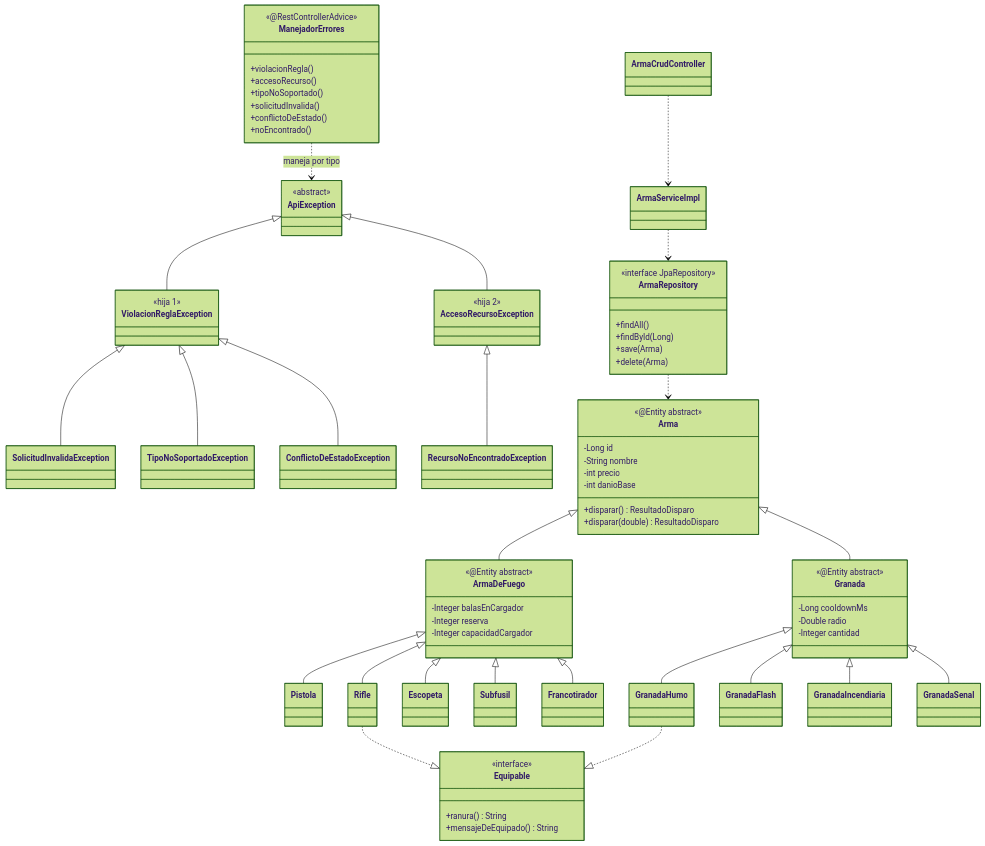
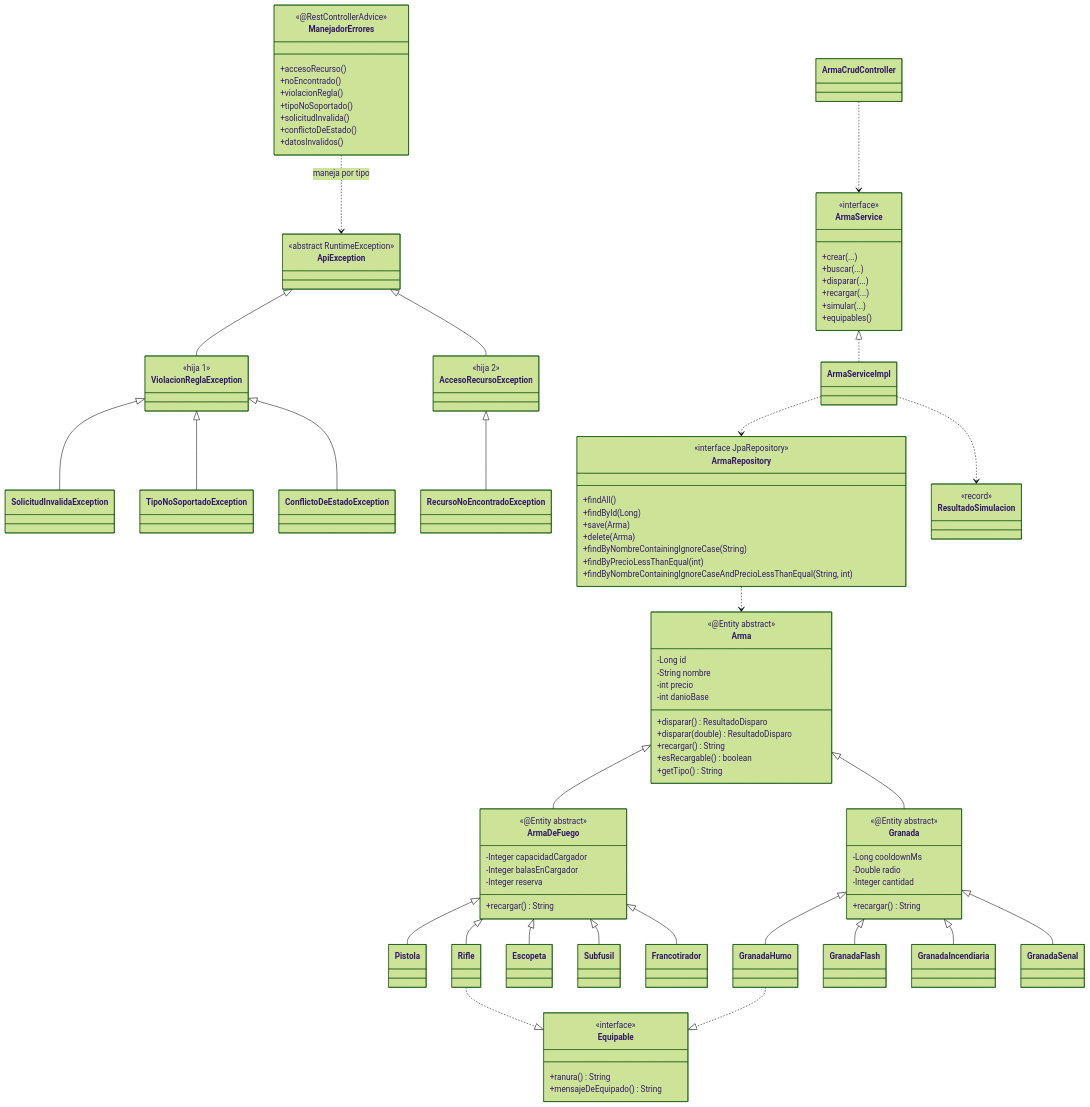
The diagram in README.md (luckvani-gif/vricciardi-tallerlp3-2026), drawn with Mermaid (forest theme) before and after one commit. The commit also changed other lines of this file and 2 other files, not shown here.

````diff
--- a/README.md
+++ b/README.md
@@ -114,7 +216,7 @@
 ```mermaid
 classDiagram
     class ApiException {
-        <<abstract>>
+        <<abstract RuntimeException>>
     }
     class ViolacionReglaException {
         <<hija 1>>
@@ -128,12 +230,13 @@
     class RecursoNoEncontradoException
     class ManejadorErrores {
         <<@RestControllerAdvice>>
+        +accesoRecurso()
+        +noEncontrado()
         +violacionRegla()
-        +accesoRecurso()
         +tipoNoSoportado()
         +solicitudInvalida()
         +conflictoDeEstado()
-        +noEncontrado()
+        +datosInvalidos()
     }
 
     class Equipable {
@@ -150,18 +253,23 @@
         -int danioBase
         +disparar() ResultadoDisparo
         +disparar(double) ResultadoDisparo
+        +recargar() String
+        +esRecargable() boolean
+        +getTipo() String
     }
     class ArmaDeFuego {
         <<@Entity abstract>>
+        -Integer capacidadCargador
         -Integer balasEnCargador
         -Integer reserva
-        -Integer capacidadCargador
+        +recargar() String
     }
     class Granada {
         <<@Entity abstract>>
         -Long cooldownMs
         -Double radio
         -Integer cantidad
+        +recargar() String
     }
     class Pistola
     class Rifle
@@ -179,9 +287,24 @@
         +findById(Long)
         +save(Arma)
         +delete(Arma)
+        +findByNombreContainingIgnoreCase(String)
+        +findByPrecioLessThanEqual(int)
+        +findByNombreContainingIgnoreCaseAndPrecioLessThanEqual(String, int)
+    }
+    class ArmaService {
+        <<interface>>
+        +crear(...)
+        +buscar(...)
+        +disparar(...)
+        +recargar(...)
+        +simular(...)
+        +equipables()
     }
     class ArmaServiceImpl
     class ArmaCrudController
+    class ResultadoSimulacion {
+        <<record>>
+    }
 
     ApiException <|-- ViolacionReglaException
     ApiException <|-- AccesoRecursoException
@@ -206,6 +329,8 @@
     GranadaHumo ..|> Equipable
 
     ArmaRepository ..> Arma
+    ArmaService <|.. ArmaServiceImpl
     ArmaServiceImpl ..> ArmaRepository
-    ArmaCrudController ..> ArmaServiceImpl
+    ArmaCrudController ..> ArmaService
+    ArmaServiceImpl ..> ResultadoSimulacion
 ```
````
